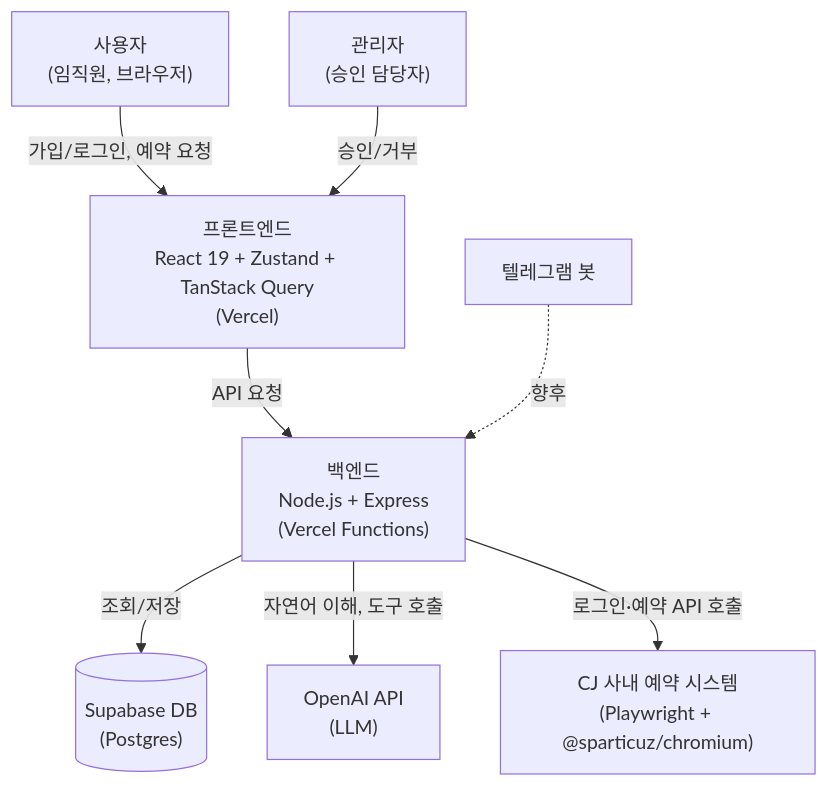
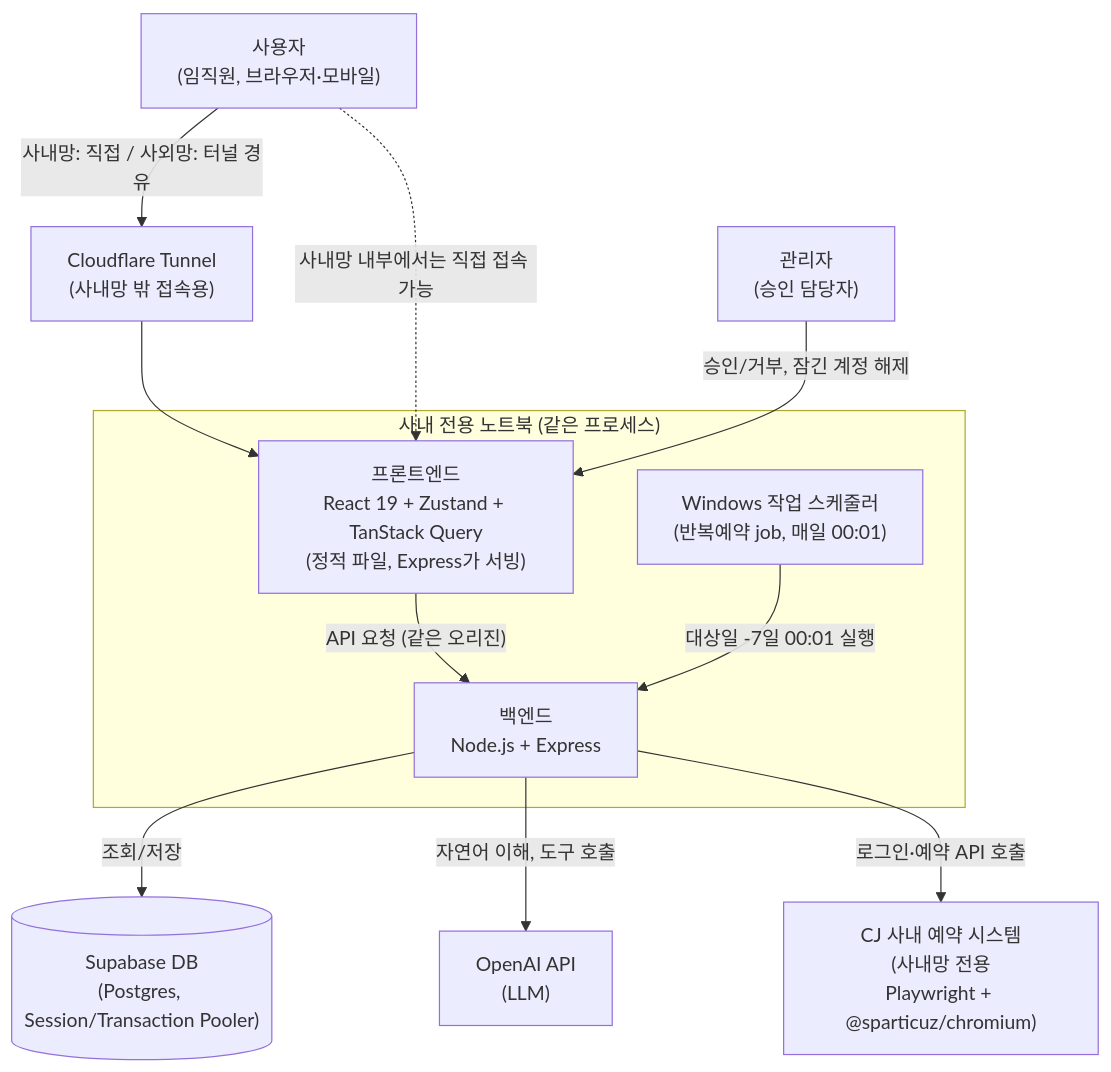
One commit to jiil89/cjfw-vbcd changed the first of 3 diagrams in docs/6-arch-diagram.md. Above: the diagram before and after it, drawn with Mermaid. The commit also changed other lines of this file and 12 other files, not shown here.

````diff
--- a/docs/6-arch-diagram.md
+++ b/docs/6-arch-diagram.md
@@ -3,19 +5,26 @@
 ```mermaid
 flowchart TD
-    User["사용자<br/>(임직원, 브라우저)"]
+    User["사용자<br/>(임직원, 브라우저·모바일)"]
     Admin["관리자<br/>(승인 담당자)"]
-    Frontend["프론트엔드<br/>React 19 + Zustand + TanStack Query<br/>(Vercel)"]
-    Backend["백엔드<br/>Node.js + Express<br/>(Vercel Functions)"]
-    DB[("Supabase DB<br/>(Postgres)")]
+    Tunnel["Cloudflare Tunnel<br/>(사내망 밖 접속용)"]
+
+    subgraph Laptop["사내 전용 노트북 (같은 프로세스)"]
+        Frontend["프론트엔드<br/>React 19 + Zustand + TanStack Query<br/>(정적 파일, Express가 서빙)"]
+        Backend["백엔드<br/>Node.js + Express"]
+        Scheduler["Windows 작업 스케줄러<br/>(반복예약 job, 매일 00:01)"]
+    end
+
+    DB[("Supabase DB<br/>(Postgres, Session/Transaction Pooler)")]
     LLM["OpenAI API<br/>(LLM)"]
-    CJ["CJ 사내 예약 시스템<br/>(Playwright + @sparticuz/chromium)"]
-    Telegram["텔레그램 봇"]
+    CJ["CJ 사내 예약 시스템<br/>(사내망 전용<br/>Playwright + @sparticuz/chromium)"]
 
-    User -->|"가입/로그인, 예약 요청"| Frontend
-    Admin -->|"승인/거부"| Frontend
-    Frontend -->|"API 요청"| Backend
+    User -->|"사내망: 직접 / 사외망: 터널 경유"| Tunnel
+    Tunnel --> Frontend
+    User -.->|"사내망 내부에서는 직접 접속 가능"| Frontend
+    Admin -->|"승인/거부, 잠긴 계정 해제"| Frontend
+    Frontend -->|"API 요청 (같은 오리진)"| Backend
     Backend -->|"조회/저장"| DB
     Backend -->|"자연어 이해, 도구 호출"| LLM
     Backend -->|"로그인·예약 API 호출"| CJ
-    Telegram -.->|"향후"| Backend
+    Scheduler -->|"대상일 -7일 00:01 실행"| Backend
 ```
````
